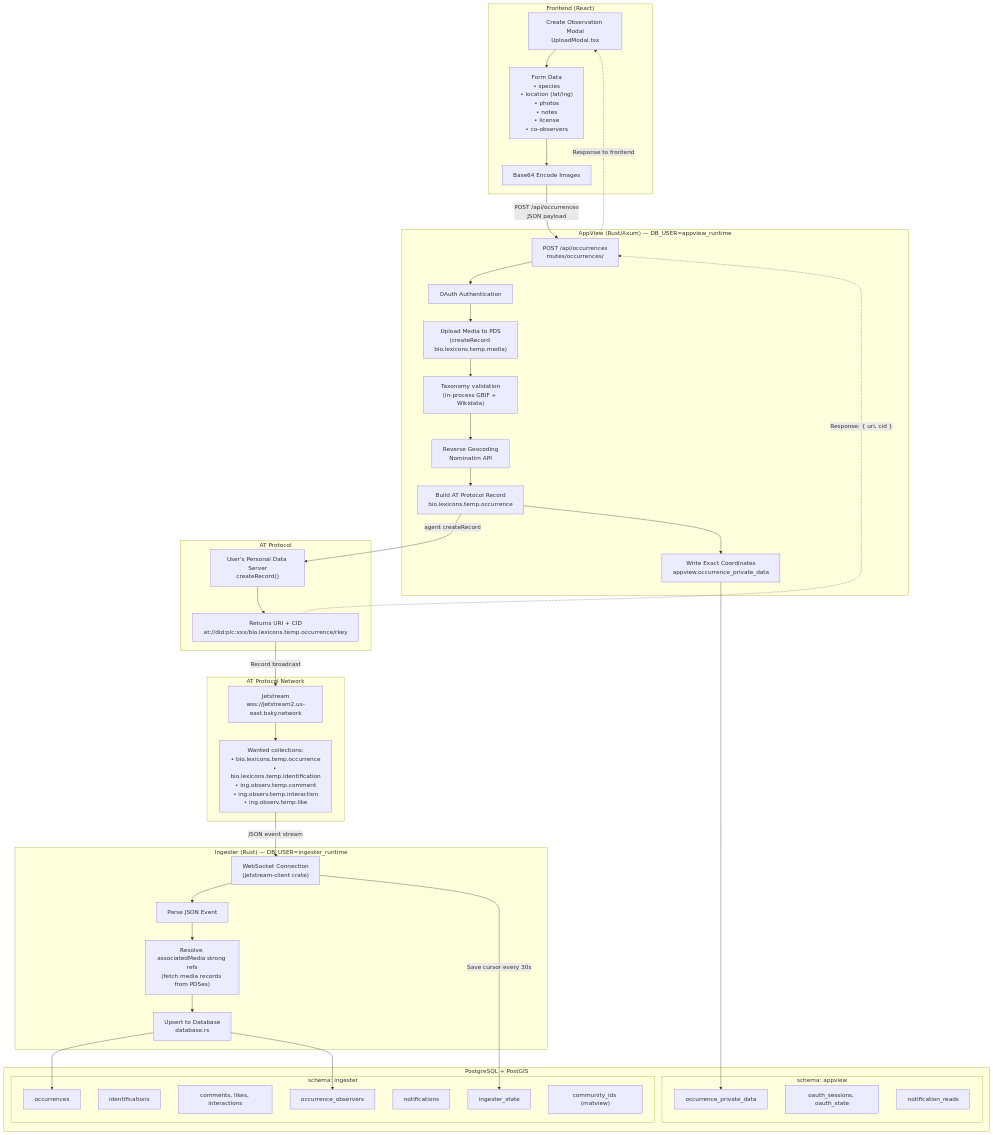
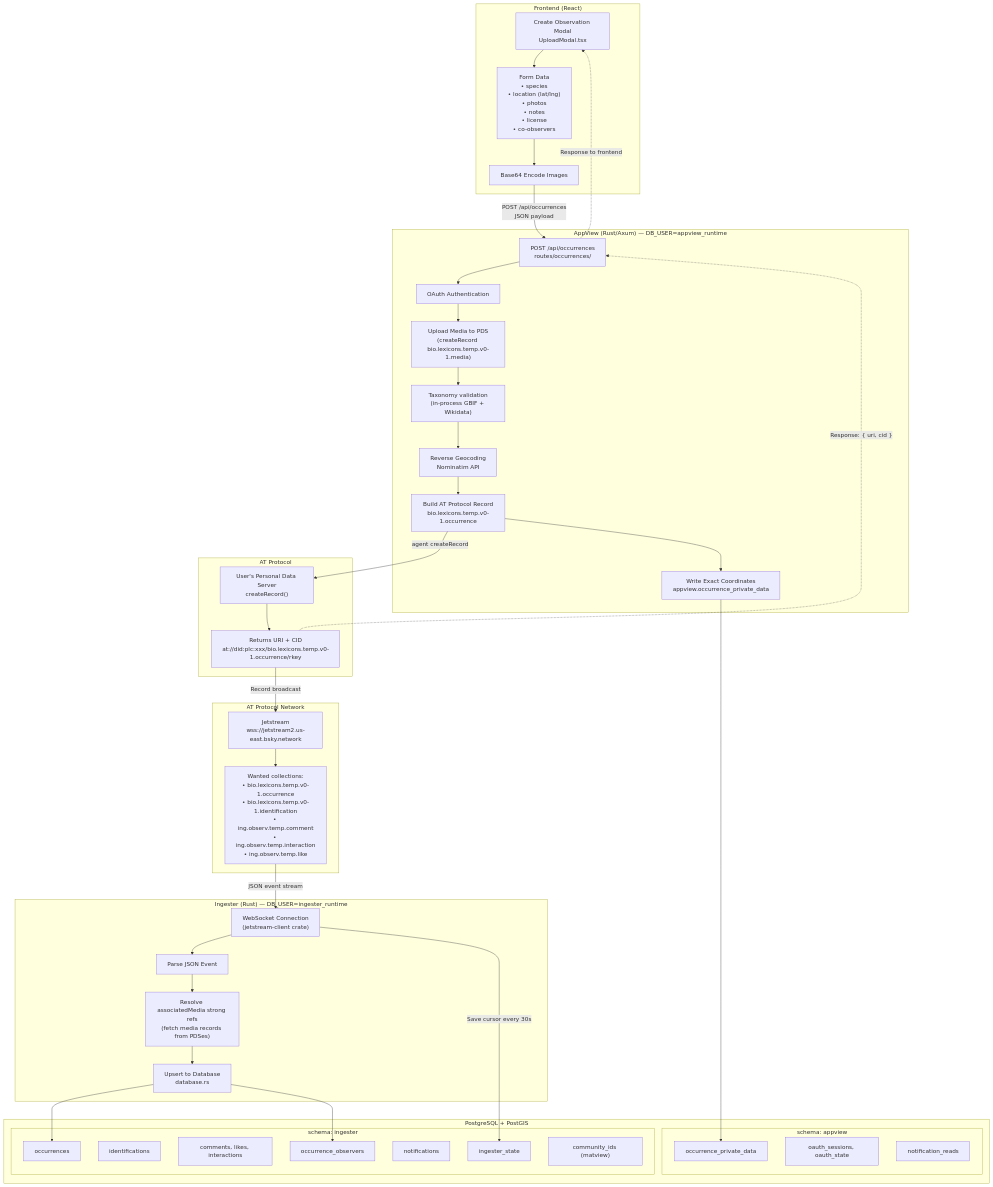
One commit to observ-ing/core changed the diagram in docs/data-flow.md. Above: the diagram before and after it, drawn with Mermaid. The commit also changed other lines of this file and 36 other files, not shown here.

First line of the commit message:
chore: migrate to bio.lexicons.temp.v0-1.* (lexicons.bio v0.1)

````diff
--- a/docs/data-flow.md
+++ b/docs/data-flow.md
@@ -9,78 +9,78 @@
 ```mermaid
 flowchart TB
     subgraph Frontend["Frontend (React)"]
         Modal["Create Observation Modal<br/>UploadModal.tsx"]
         FormData["Form Data<br/>• species<br/>• location (lat/lng)<br/>• photos<br/>• notes<br/>• license<br/>• co-observers"]
         Base64["Base64 Encode Images"]
         Modal --> FormData --> Base64
     end
 
     subgraph AppView["AppView (Rust/Axum) — DB_USER=appview_runtime"]
         API["POST /api/occurrences<br/>routes/occurrences/"]
         Auth["OAuth Authentication"]
-        BlobUpload["Upload Media to PDS<br/>(createRecord bio.lexicons.temp.media)"]
+        BlobUpload["Upload Media to PDS<br/>(createRecord bio.lexicons.temp.v0-1.media)"]
         GBIF["Taxonomy validation<br/>(in-process GBIF + Wikidata)"]
         Geocode["Reverse Geocoding<br/>Nominatim API"]
-        BuildRecord["Build AT Protocol Record<br/>bio.lexicons.temp.occurrence"]
+        BuildRecord["Build AT Protocol Record<br/>bio.lexicons.temp.v0-1.occurrence"]
         PrivateData["Write Exact Coordinates<br/>appview.occurrence_private_data"]
     end
 
     subgraph ATProtocol["AT Protocol"]
         PDS["User's Personal Data Server<br/>createRecord()"]
-        URI["Returns URI + CID<br/>at://did:plc:xxx/bio.lexicons.temp.occurrence/rkey"]
+        URI["Returns URI + CID<br/>at://did:plc:xxx/bio.lexicons.temp.v0-1.occurrence/rkey"]
     end
 
     subgraph Firehose["AT Protocol Network"]
         Jetstream["Jetstream<br/>wss://jetstream2.us-east.bsky.network"]
-        Filter["Wanted collections:<br/>• bio.lexicons.temp.occurrence<br/>• bio.lexicons.temp.identification<br/>• ing.observ.temp.comment<br/>• ing.observ.temp.interaction<br/>• ing.observ.temp.like"]
+        Filter["Wanted collections:<br/>• bio.lexicons.temp.v0-1.occurrence<br/>• bio.lexicons.temp.v0-1.identification<br/>• ing.observ.temp.comment<br/>• ing.observ.temp.interaction<br/>• ing.observ.temp.like"]
     end
 
     subgraph Ingester["Ingester (Rust) — DB_USER=ingester_runtime"]
         WS["WebSocket Connection<br/>(jetstream-client crate)"]
         Parse["Parse JSON Event"]
         Resolve["Resolve associatedMedia strong refs<br/>(fetch media records from PDSes)"]
         Upsert["Upsert to Database<br/>database.rs"]
     end
 
     subgraph Database["PostgreSQL + PostGIS"]
         subgraph IngSchema["schema: ingester"]
             Occurrences["occurrences"]
             Identifications["identifications"]
             Comments["comments, likes, interactions"]
             Observers["occurrence_observers"]
             Notifications["notifications"]
             Cursor["ingester_state"]
             Matview["community_ids (matview)"]
         end
         subgraph AppvSchema["schema: appview"]
             PrivData["occurrence_private_data"]
             OauthTbls["oauth_sessions, oauth_state"]
             NotifReads["notification_reads"]
         end
     end
 
     %% Main flow
     Base64 -->|"POST /api/occurrences<br/>JSON payload"| API
     API --> Auth
     Auth --> BlobUpload
     BlobUpload --> GBIF
     GBIF --> Geocode
     Geocode --> BuildRecord
     BuildRecord -->|"agent createRecord"| PDS
     BuildRecord --> PrivateData
     PrivateData --> PrivData
     PDS --> URI
     URI -->|"Record broadcast"| Jetstream
     Jetstream --> Filter
     Filter -->|"JSON event stream"| WS
     WS --> Parse
     Parse --> Resolve
     Resolve --> Upsert
     Upsert --> Occurrences
     Upsert --> Observers
     WS -->|"Save cursor every 30s"| Cursor
 
     %% Response flow
     URI -.->|"Response: { uri, cid }"| API
     API -.->|"Response to frontend"| Modal
 ```
````
